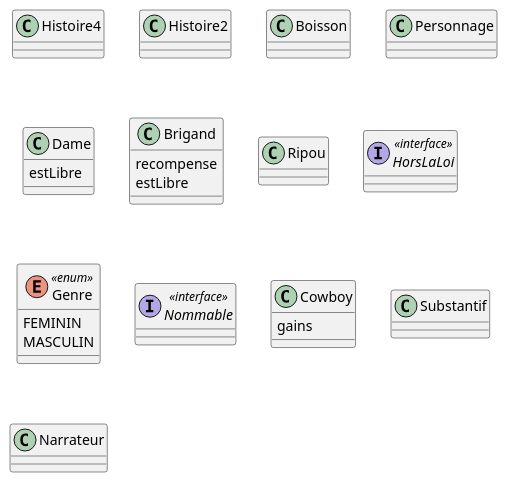
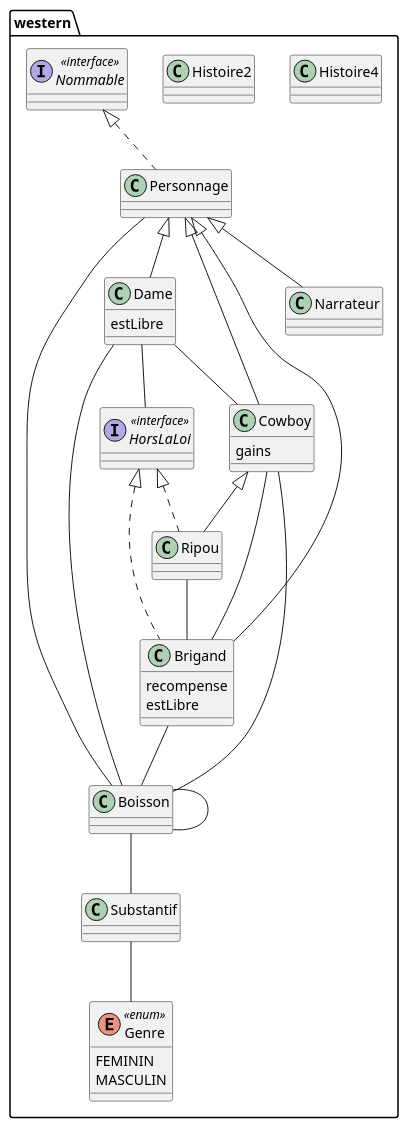
One commit to karimelkaid/PumlFromJava changed the diagram in uml/western.puml. Above: the diagram before and after it, drawn with PlantUML. The commit also changed 21 other files, not shown here.

```diff
--- a/uml/western.puml
+++ b/uml/western.puml
@@ -1,49 +1,74 @@
 @startuml
 
-class Histoire4{
+package western{
+	class Histoire4{
 }
+
 
 class Histoire2{
 }
 
+
 class Boisson{
 }
+Boisson -- Substantif
+Boisson -- Boisson
 
-class Personnage{
+
+class Personnage implements Nommable{
 }
+Personnage -- Boisson
 
-class Dame{
+
+class Dame extends Personnage{
 	estLibre
 }
+Dame -- Cowboy
+Dame -- HorsLaLoi
+Dame -- Boisson
 
-class Brigand{
+
+class Brigand extends Personnage implements HorsLaLoi{
 	recompense
 	estLibre
 }
+Brigand -- Cowboy
+Brigand -- Boisson
 
-class Ripou{
+
+class Ripou extends Cowboy implements HorsLaLoi{
 }
+Ripou -- Brigand
+
 
 interface HorsLaLoi <<interface>>{
 }
+
 
 enum Genre <<enum>>{
 	FEMININ
 	MASCULIN
 }
 
+
 interface Nommable <<interface>>{
 }
 
-class Cowboy{
+
+class Cowboy extends Personnage{
 	gains
 }
+Cowboy -- Boisson
+
 
 class Substantif{
 }
+Substantif -- Genre
 
-class Narrateur{
+
+class Narrateur extends Personnage{
 }
 
 
+}
 @enduml
```
